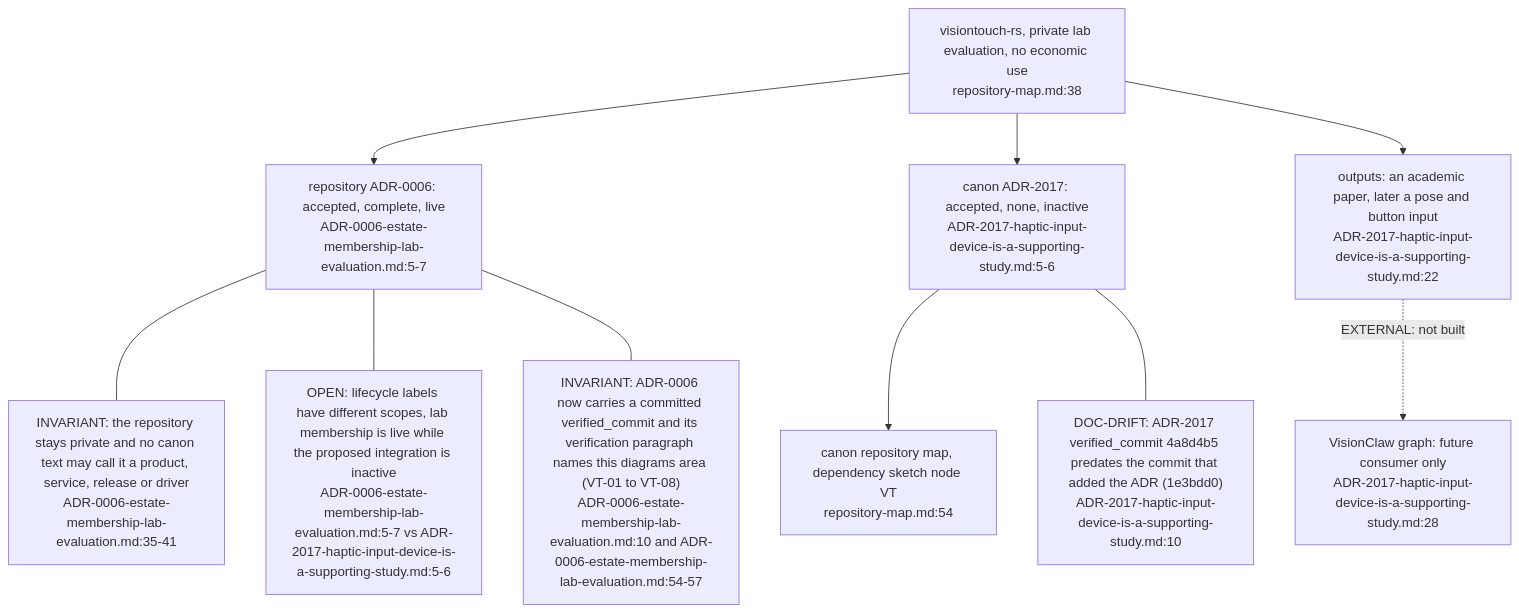
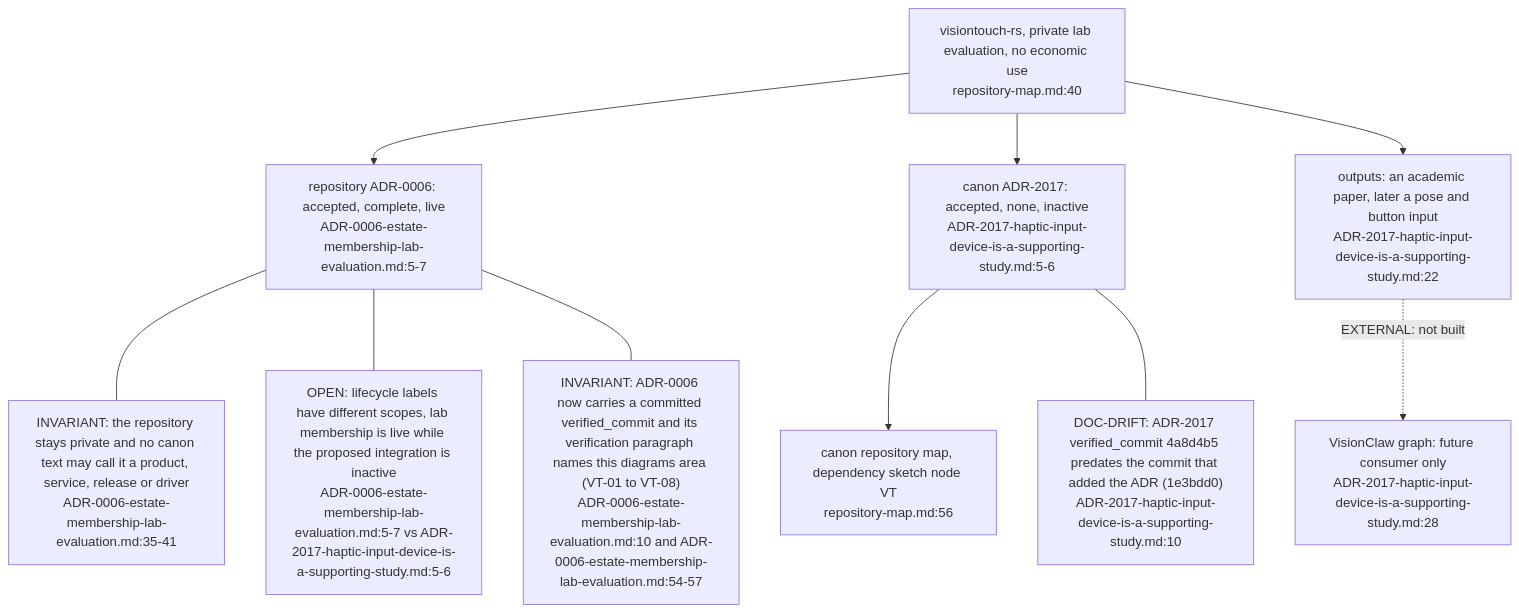
Before and after one commit to DreamLab-AI/VisionFlow: the first of 4 diagrams in docs/diagrams/visiontouch-rs/07-estate-position-and-future-visionclaw-grab-path.md, drawn with Mermaid. The commit also changed other lines of this file and 154 other files, not shown here.

First line of the commit message:
docs(diagrams): re-stamp 154 topics whose every citation still reads the same text at the current heads

````diff
--- a/docs/diagrams/visiontouch-rs/07-estate-position-and-future-visionclaw-grab-path.md
+++ b/docs/diagrams/visiontouch-rs/07-estate-position-and-future-visionclaw-grab-path.md
@@ -37,22 +37,22 @@
 ```mermaid
 flowchart TB
-    HR["visiontouch-rs, private lab evaluation, no economic use<br/>repository-map.md:38"]
+    HR["visiontouch-rs, private lab evaluation, no economic use<br/>repository-map.md:40"]
     A6["repository ADR-0006: accepted, complete, live<br/>ADR-0006-estate-membership-lab-evaluation.md:5-7"]
     A17["canon ADR-2017: accepted, none, inactive<br/>ADR-2017-haptic-input-device-is-a-supporting-study.md:5-6"]
-    MAP["canon repository map, dependency sketch node VT<br/>repository-map.md:54"]
+    MAP["canon repository map, dependency sketch node VT<br/>repository-map.md:56"]
     VC["VisionClaw graph: future consumer only<br/>ADR-2017-haptic-input-device-is-a-supporting-study.md:28"]
     OUT["outputs: an academic paper, later a pose and button input<br/>ADR-2017-haptic-input-device-is-a-supporting-study.md:22"]
     HR --> A6
     HR --> A17
     A17 --> MAP
     HR --> OUT
     OUT -. "EXTERNAL: not built" .-> VC
     N1["INVARIANT: the repository stays private and no canon text may call it a product, service, release or driver<br/>ADR-0006-estate-membership-lab-evaluation.md:35-41"]
     N2["OPEN: lifecycle labels have different scopes, lab membership is live while the proposed integration is inactive<br/>ADR-0006-estate-membership-lab-evaluation.md:5-7 vs ADR-2017-haptic-input-device-is-a-supporting-study.md:5-6"]
     N3["DOC-DRIFT: ADR-2017 verified_commit 4a8d4b5 predates the commit that added the ADR (1e3bdd0)<br/>ADR-2017-haptic-input-device-is-a-supporting-study.md:10"]
     N4["INVARIANT: ADR-0006 now carries a committed verified_commit and its verification paragraph names this diagrams area (VT-01 to VT-08)<br/>ADR-0006-estate-membership-lab-evaluation.md:10 and ADR-0006-estate-membership-lab-evaluation.md:54-57"]
     A6 --- N1
     A6 --- N2
     A17 --- N3
     A6 --- N4
 ```
````
